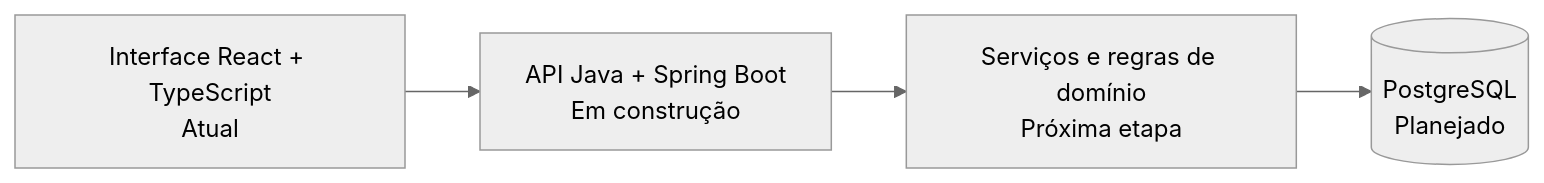
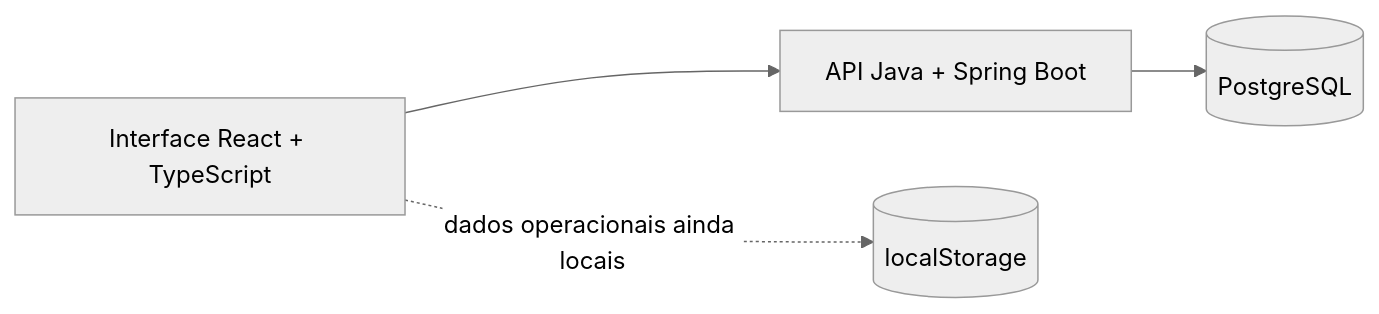
The diagram in README.md (luizamoll/imobcontrol-finance-dashboard), drawn with Mermaid (neutral theme) before and after one commit. The commit also changed other lines of this file, not shown here.

````diff
--- a/README.md
+++ b/README.md
@@ -59,6 +61,6 @@
 ```mermaid
 flowchart LR
-    A["Interface React + TypeScript<br/>Atual"] --> B["API Java + Spring Boot<br/>Em construção"]
-    B --> C["Serviços e regras de domínio<br/>Próxima etapa"]
-    C --> D[("PostgreSQL<br/>Planejado")]
+    A["Interface React + TypeScript"] --> B["API Java + Spring Boot"]
+    B --> C[("PostgreSQL")]
+    A -. "dados operacionais ainda locais" .-> D[("localStorage")]
 ```
````
